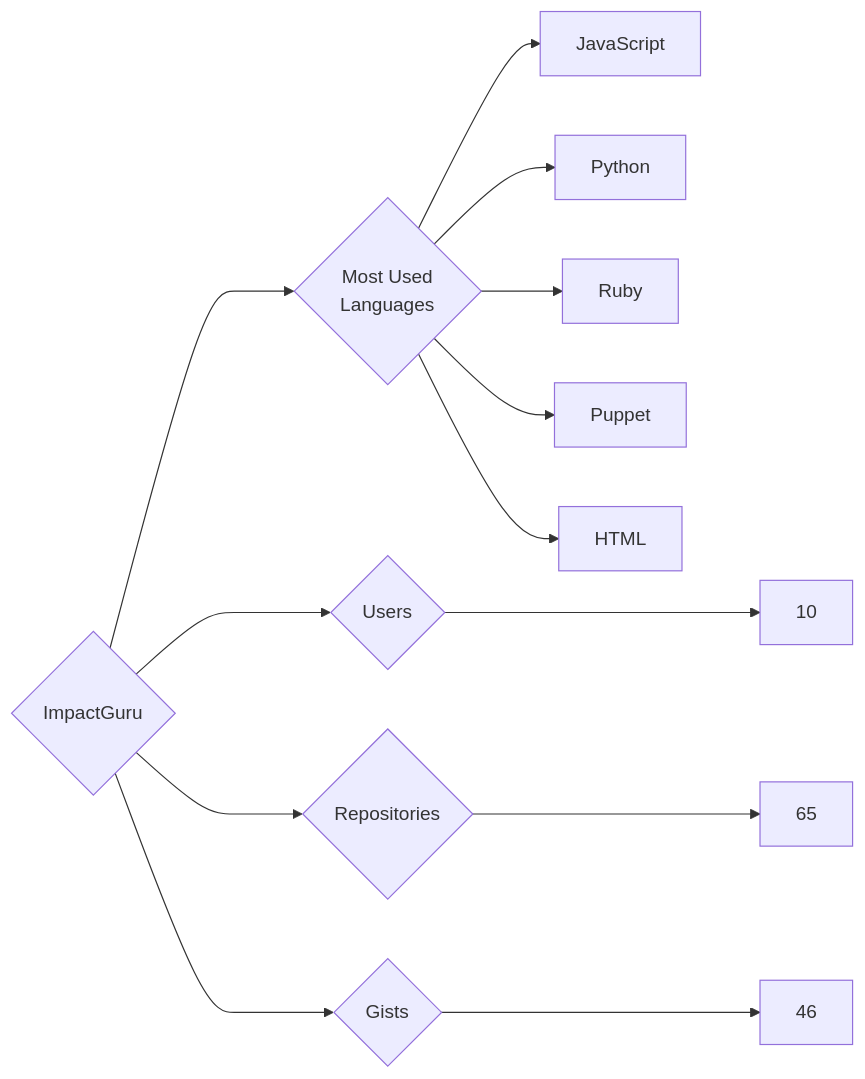
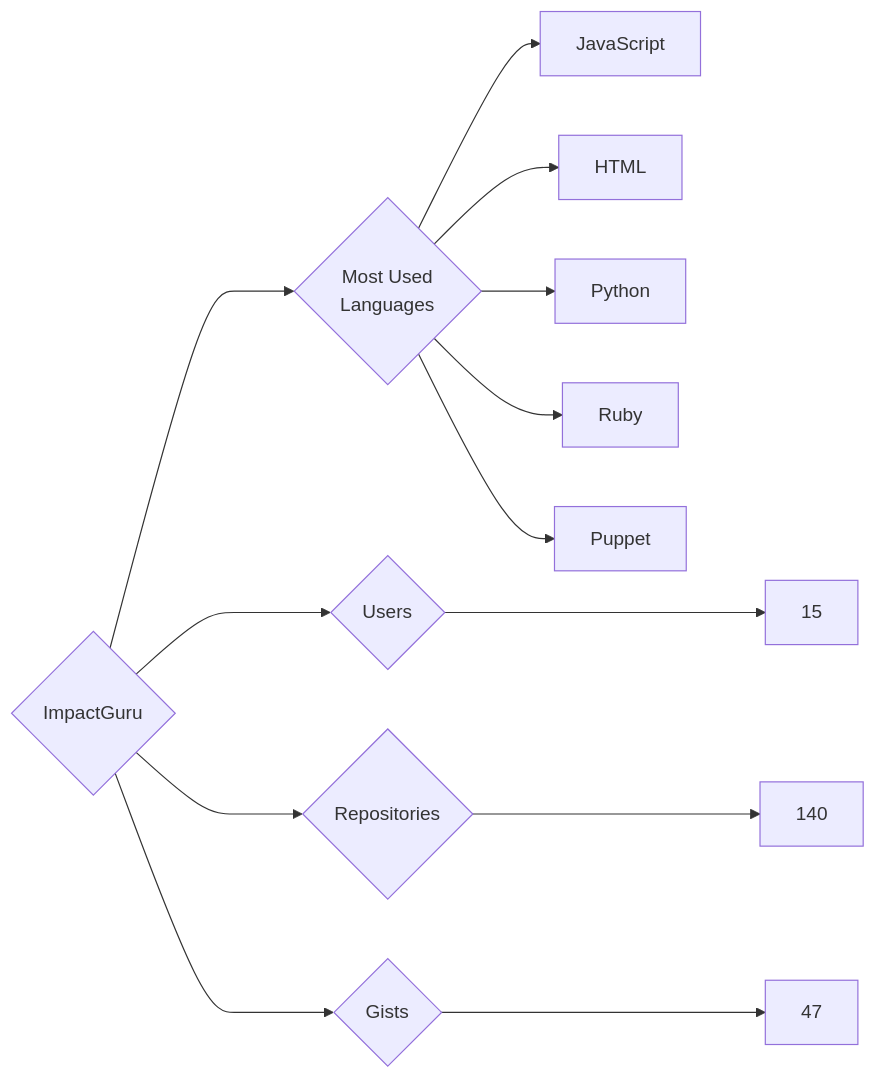
The diagram in targets/ImpactGuru/README.md (trickest/insiders), drawn with Mermaid before and after one commit. The commit also changed 809 other files, not shown here.

````diff
--- a/targets/ImpactGuru/README.md
+++ b/targets/ImpactGuru/README.md
@@ -3,13 +3,13 @@
 ```mermaid
 graph LR
 COMPANY_NAME{ImpactGuru}
-COMPANY_NAME ---> U{Users} ---> UN[10]
-COMPANY_NAME ---> R{Repositories} ---> RN[65]
-COMPANY_NAME ---> G{Gists} ---> GN[46]
+COMPANY_NAME ---> U{Users} ---> UN[15]
+COMPANY_NAME ---> R{Repositories} ---> RN[140]
+COMPANY_NAME ---> G{Gists} ---> GN[47]
 COMPANY_NAME ---> ML{Most Used<br>Languages}
 ML --> JavaScript[JavaScript]
+ML --> HTML[HTML]
 ML --> Python[Python]
 ML --> Ruby[Ruby]
 ML --> Puppet[Puppet]
-ML --> HTML[HTML]
 ```
````
